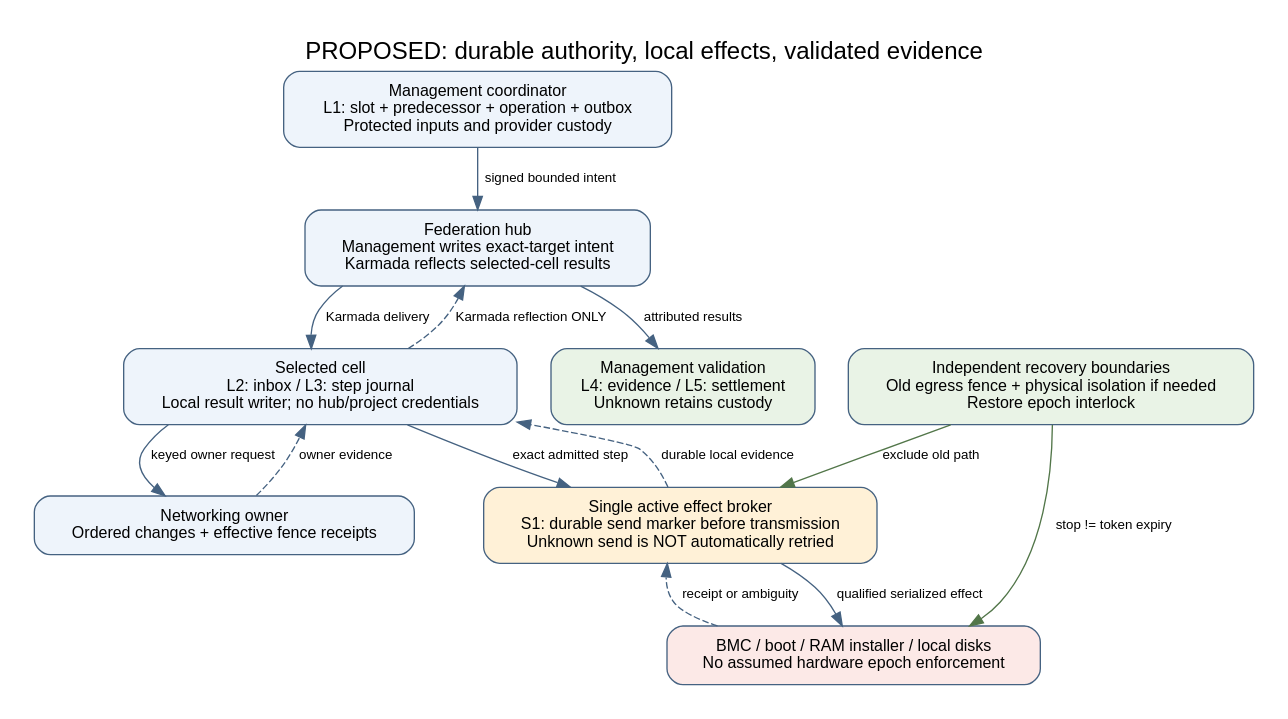
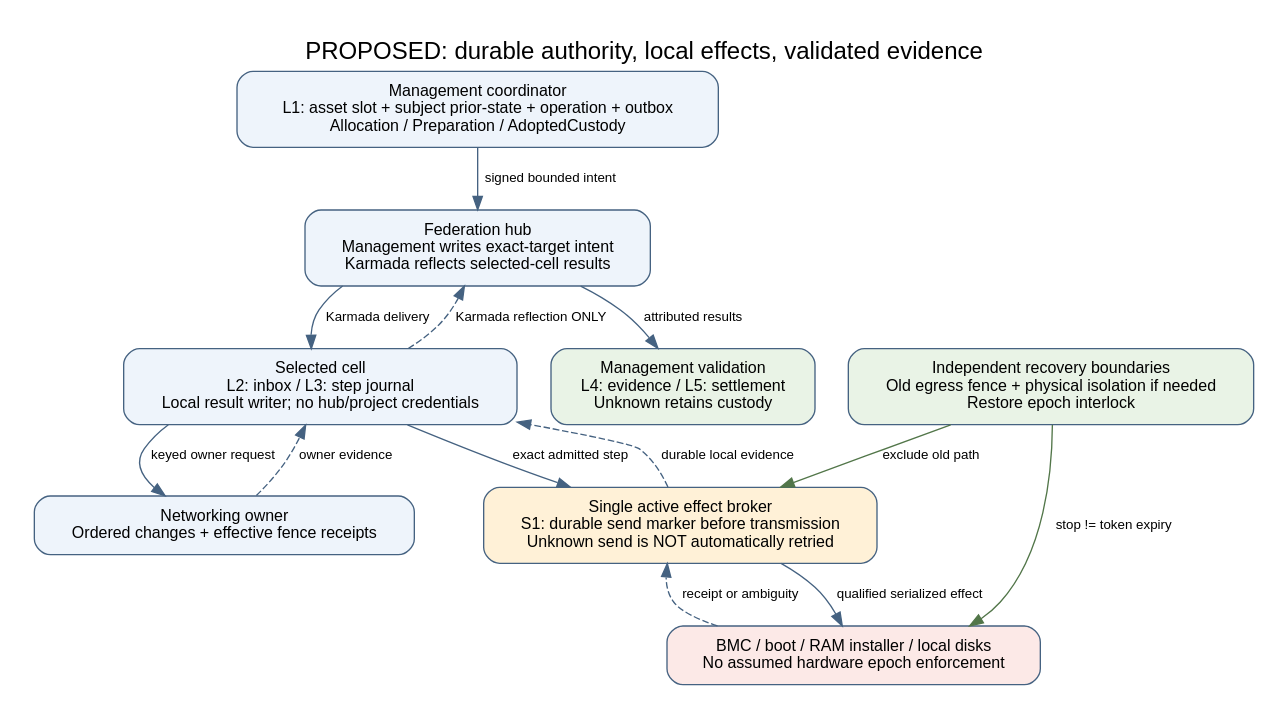
Before and after one commit to datum-cloud/fleet: the diagram in docs/enhancements/execution-recovery/diagrams/execution-path.dot, drawn with Graphviz. The commit also changed 4 other files, not shown here.

Commit message:
docs: execute typed custody subjects in shared asset slot

```diff
--- a/docs/enhancements/execution-recovery/diagrams/execution-path.dot
+++ b/docs/enhancements/execution-recovery/diagrams/execution-path.dot
@@ -1,25 +1,25 @@
 digraph execution_path {
   graph [rankdir=TB, bgcolor="white", pad="0.25", nodesep="0.35", ranksep="0.48", fontname="Helvetica", label="PROPOSED: durable authority, local effects, validated evidence", labelloc=t, fontsize=18];
   node [shape=box, style="rounded,filled", fillcolor="#eef4fb", color="#456281", fontname="Helvetica", fontsize=12, margin="0.17,0.12"];
   edge [color="#456281", fontname="Helvetica", fontsize=10];
-  management [label="Management coordinator\nL1: slot + predecessor + operation + outbox\nProtected inputs and provider custody"];
+  management [label="Management coordinator\nL1: asset slot + subject prior-state + operation + outbox\nAllocation / Preparation / AdoptedCustody"];
   hub [label="Federation hub\nManagement writes exact-target intent\nKarmada reflects selected-cell results"];
   cell [label="Selected cell\nL2: inbox / L3: step journal\nLocal result writer; no hub/project credentials"];
   broker [label="Single active effect broker\nS1: durable send marker before transmission\nUnknown send is NOT automatically retried", fillcolor="#fff1d7"];
   hardware [label="BMC / boot / RAM installer / local disks\nNo assumed hardware epoch enforcement", fillcolor="#fce9e7"];
   network [label="Networking owner\nOrdered changes + effective fence receipts"];
   recovery [label="Independent recovery boundaries\nOld egress fence + physical isolation if needed\nRestore epoch interlock", fillcolor="#e9f3e6"];
   validate [label="Management validation\nL4: evidence / L5: settlement\nUnknown retains custody", fillcolor="#e9f3e6"];
   management -> hub [label="signed bounded intent"];
   hub -> cell [label="Karmada delivery"];
   cell -> broker [label="exact admitted step"];
   broker -> hardware [label="qualified serialized effect"];
   cell -> network [label="keyed owner request"];
   network -> cell [label="owner evidence", style=dashed];
   hardware -> broker [label="receipt or ambiguity", style=dashed];
   broker -> cell [label="durable local evidence", style=dashed];
   cell -> hub [label="Karmada reflection ONLY", style=dashed];
   hub -> validate [label="attributed results"];
   recovery -> broker [label="exclude old path", color="#527649"];
   recovery -> hardware [label="stop != token expiry", color="#527649"];
 }
```
